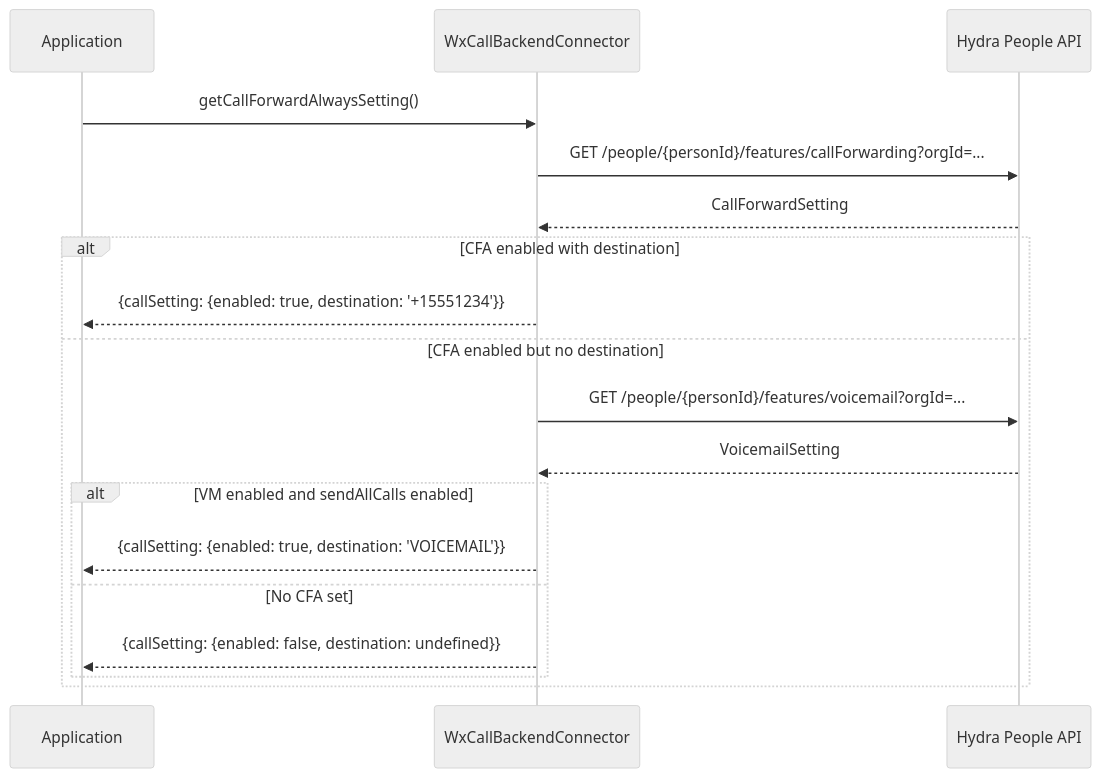
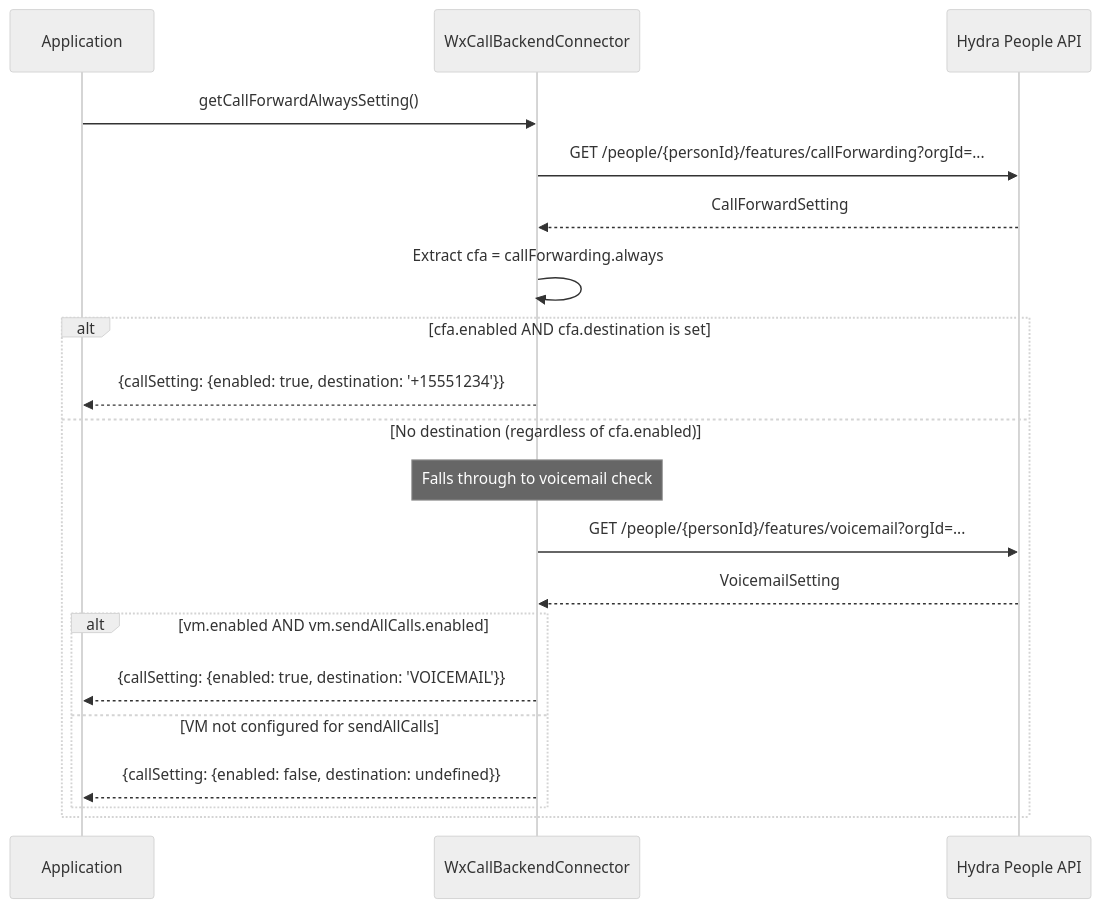
The fifth of 6 diagrams in packages/calling/src/CallSettings/ai-docs/ARCHITECTURE.md (webex/webex-js-sdk), drawn with Mermaid (neutral theme) before and after one commit. The commit also changed other lines of this file and 1 other file, not shown here.

````diff
--- a/packages/calling/src/CallSettings/ai-docs/ARCHITECTURE.md
+++ b/packages/calling/src/CallSettings/ai-docs/ARCHITECTURE.md
@@ -156,23 +156,26 @@
 ```mermaid
 sequenceDiagram
     participant App as Application
     participant WXC as WxCallBackendConnector
     participant Hydra as Hydra People API
 
     App->>WXC: getCallForwardAlwaysSetting()
     WXC->>Hydra: GET /people/{personId}/features/callForwarding?orgId=...
     Hydra-->>WXC: CallForwardSetting
 
-    alt CFA enabled with destination
+    WXC->>WXC: Extract cfa = callForwarding.always
+
+    alt cfa.enabled AND cfa.destination is set
         WXC-->>App: {callSetting: {enabled: true, destination: '+15551234'}}
-    else CFA enabled but no destination
+    else No destination (regardless of cfa.enabled)
+        Note over WXC: Falls through to voicemail check
         WXC->>Hydra: GET /people/{personId}/features/voicemail?orgId=...
         Hydra-->>WXC: VoicemailSetting
 
-        alt VM enabled and sendAllCalls enabled
+        alt vm.enabled AND vm.sendAllCalls.enabled
             WXC-->>App: {callSetting: {enabled: true, destination: 'VOICEMAIL'}}
-        else No CFA set
+        else VM not configured for sendAllCalls
             WXC-->>App: {callSetting: {enabled: false, destination: undefined}}
         end
     end
 ```
````
